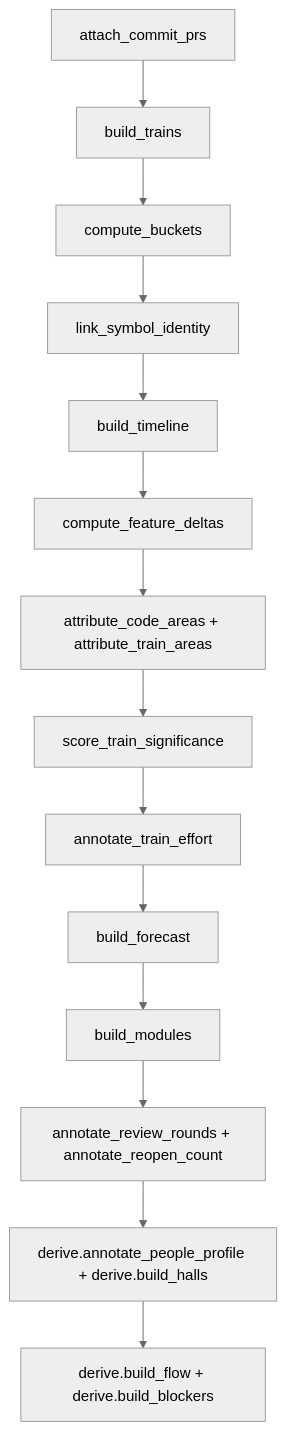
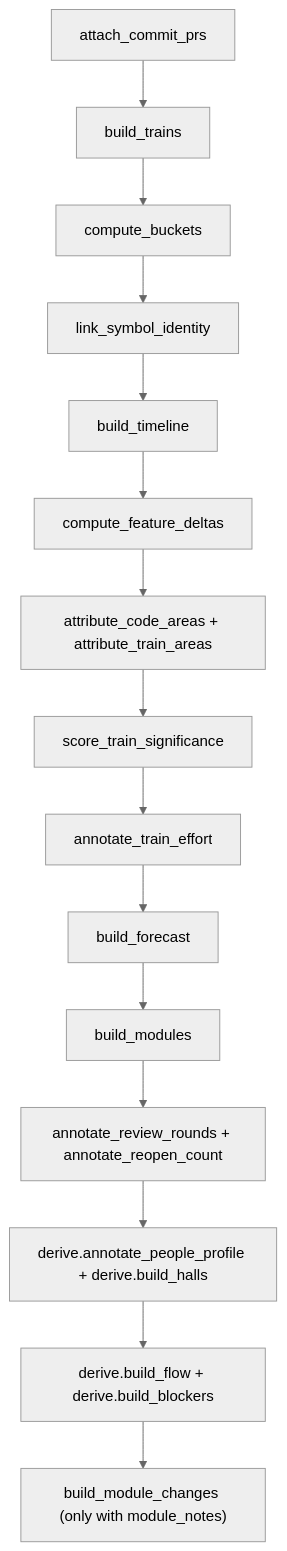
One commit to DamianFlynn/experiments changed the eighth of 12 diagrams in .claude/skills/activity-overview/docs/LLD.md. Above: the diagram before and after it, drawn with Mermaid (neutral theme). The commit also changed other lines of this file and 16 other files, not shown here.

````diff
--- a/.claude/skills/activity-overview/docs/LLD.md
+++ b/.claude/skills/activity-overview/docs/LLD.md
@@ -961,10 +1020,11 @@
 ```mermaid
 flowchart TB
   a["attach_commit_prs"] --> b["build_trains"] --> c["compute_buckets"]
   c --> d["link_symbol_identity"] --> e["build_timeline"] --> f["compute_feature_deltas"]
   f --> g["attribute_code_areas + attribute_train_areas"] --> h["score_train_significance"]
   h --> i["annotate_train_effort"] --> j["build_forecast"] --> k["build_modules"]
   k --> l["annotate_review_rounds + annotate_reopen_count"]
   l --> m["derive.annotate_people_profile + derive.build_halls"]
   m --> n["derive.build_flow + derive.build_blockers"]
+  n --> o["build_module_changes (only with module_notes)"]
 ```
````
